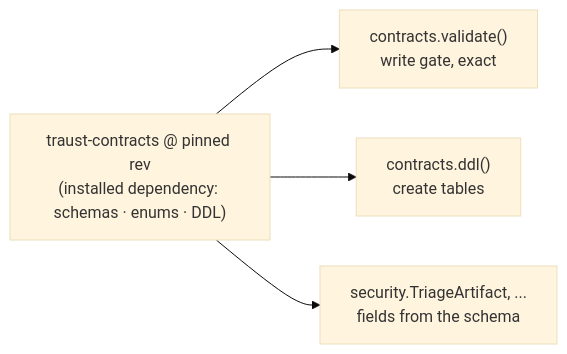
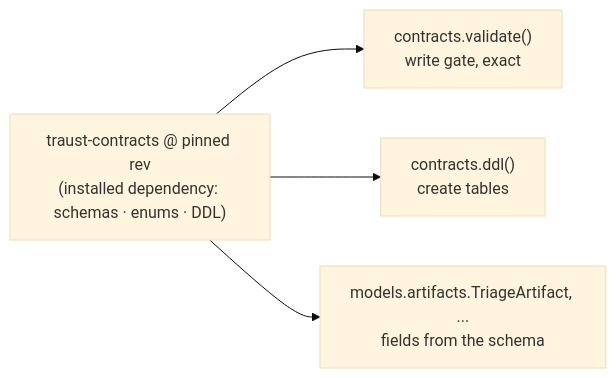
One commit to traust-security/traust-core changed the third of 3 diagrams in README.md. Above: the diagram before and after it, drawn with Mermaid (base theme). The commit also changed other lines of this file and 163 other files, not shown here.

````diff
--- a/README.md
+++ b/README.md
@@ -96,6 +94,6 @@
 ```mermaid
 flowchart LR
   C["traust-contracts @ pinned rev<br/>(installed dependency: schemas · enums · DDL)"] --> G["contracts.validate()<br/>write gate, exact"]
   C --> D["contracts.ddl()<br/>create tables"]
-  C --> R["security.TriageArtifact, ...<br/>fields from the schema"]
+  C --> R["models.artifacts.TriageArtifact, ...<br/>fields from the schema"]
 ```
````
